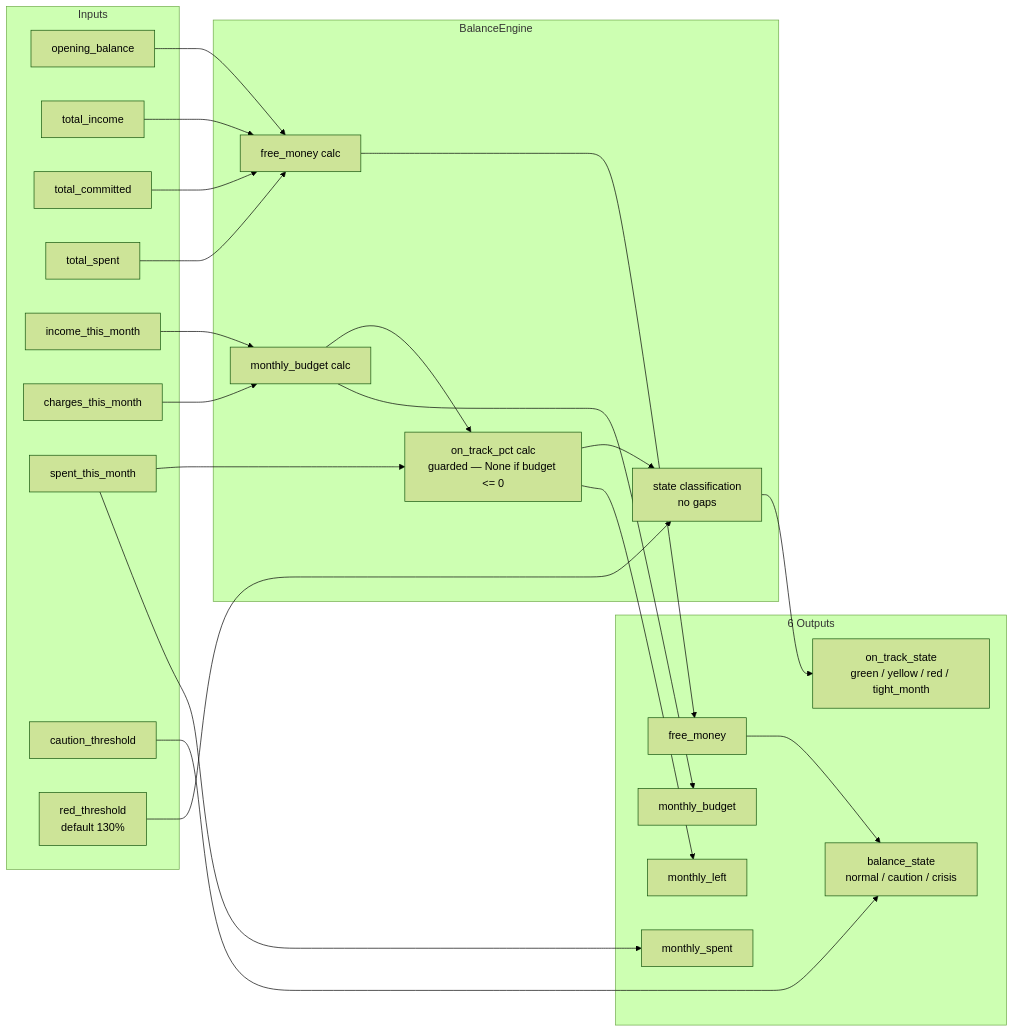
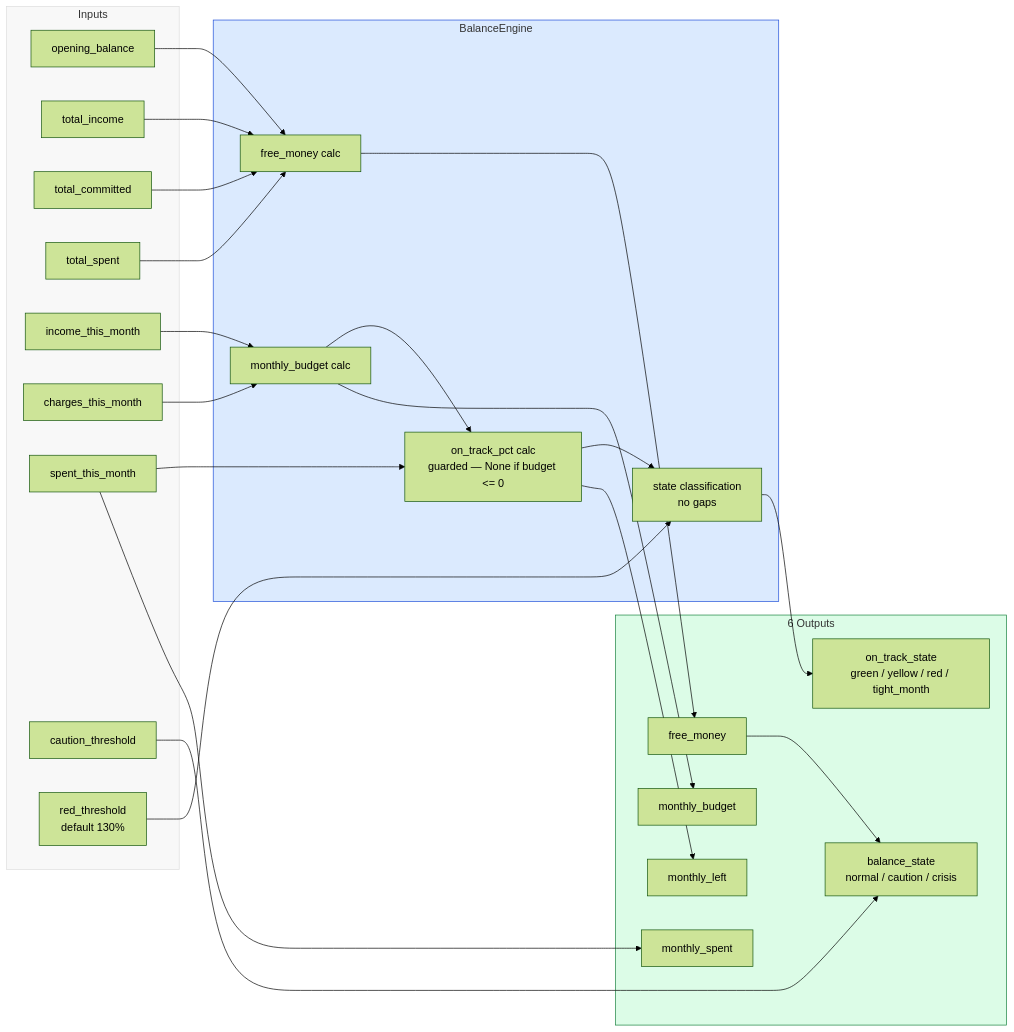
Before and after one commit to MoaminShikha/student-expense-tracker: the fifth of 13 diagrams in Docs/Stage 1.md, drawn with Mermaid (forest theme). The commit also changed other lines of this file and 3 other files, not shown here.

````diff
--- a/Docs/Stage 1.md
+++ b/Docs/Stage 1.md
@@ -263,37 +257,41 @@
 ```mermaid
 flowchart LR
     subgraph IN[Inputs]
         I1[opening_balance]
         I2[total_income]
         I3[total_committed]
         I4[total_spent]
         I5[income_this_month]
         I6[charges_this_month]
         I7[spent_this_month]
         I8[caution_threshold]
         I9[red_threshold\ndefault 130%]
     end
 
     subgraph ENG[BalanceEngine]
         E1[free_money calc]
         E2[monthly_budget calc]
         E3[on_track_pct calc\nguarded — None if budget <= 0]
         E4[state classification\nno gaps]
     end
 
     subgraph OUT[6 Outputs]
         O1[free_money]
         O2[monthly_budget]
         O3[monthly_spent]
         O4[monthly_left]
         O5[on_track_state\ngreen / yellow / red / tight_month]
         O6[balance_state\nnormal / caution / crisis]
     end
 
     I1 & I2 & I3 & I4 --> E1 --> O1
     I5 & I6 --> E2 --> O2
     I7 --> O3
     E2 & I7 --> E3 --> O4
     E3 & I9 --> E4 --> O5
     O1 & I8 --> O6
+
+    style IN fill:#f8f8f8,stroke:#ddd
+    style ENG fill:#dbeafe,stroke:#1d4ed8
+    style OUT fill:#dcfce7,stroke:#15803d
 ```
````
